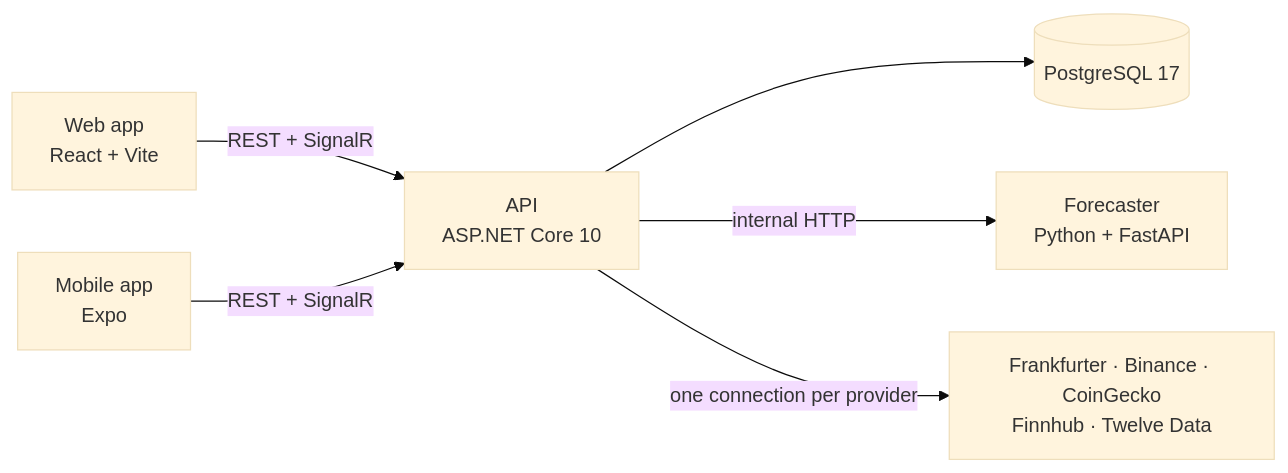
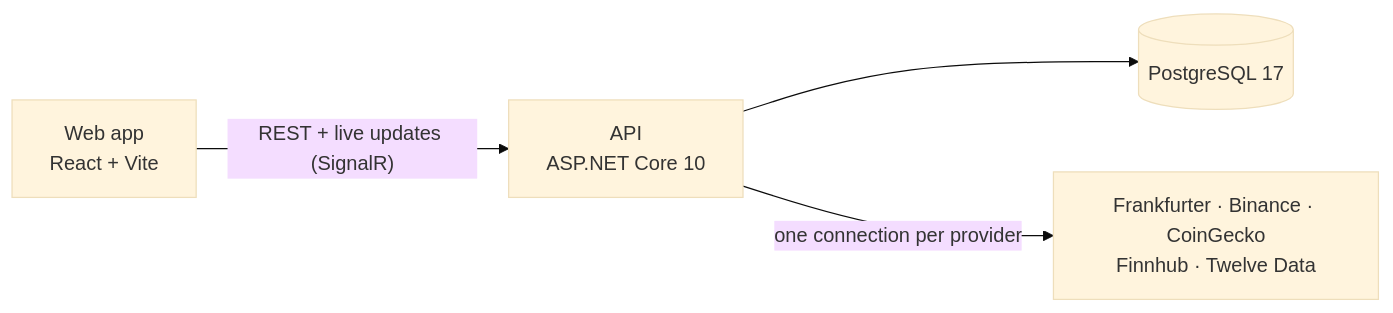
The diagram in README.md (ahmed-amine-jerbi/marketlens), drawn with Mermaid (base theme) before and after one commit. The commit also changed other lines of this file and 13 other files, not shown here.

````diff
--- a/README.md
+++ b/README.md
@@ -39,8 +34,6 @@
 ```mermaid
 graph LR
-  Web["Web app<br/>React + Vite"] -- "REST + SignalR" --> API
-  Mobile["Mobile app<br/>Expo"] -- "REST + SignalR" --> API
+  Web["Web app<br/>React + Vite"] -- "REST + live updates (SignalR)" --> API
   API["API<br/>ASP.NET Core 10"] --> DB[("PostgreSQL 17")]
-  API -- "internal HTTP" --> Forecaster["Forecaster<br/>Python + FastAPI"]
   API -- "one connection per provider" --> Providers["Frankfurter · Binance · CoinGecko<br/>Finnhub · Twelve Data"]
 ```
````
